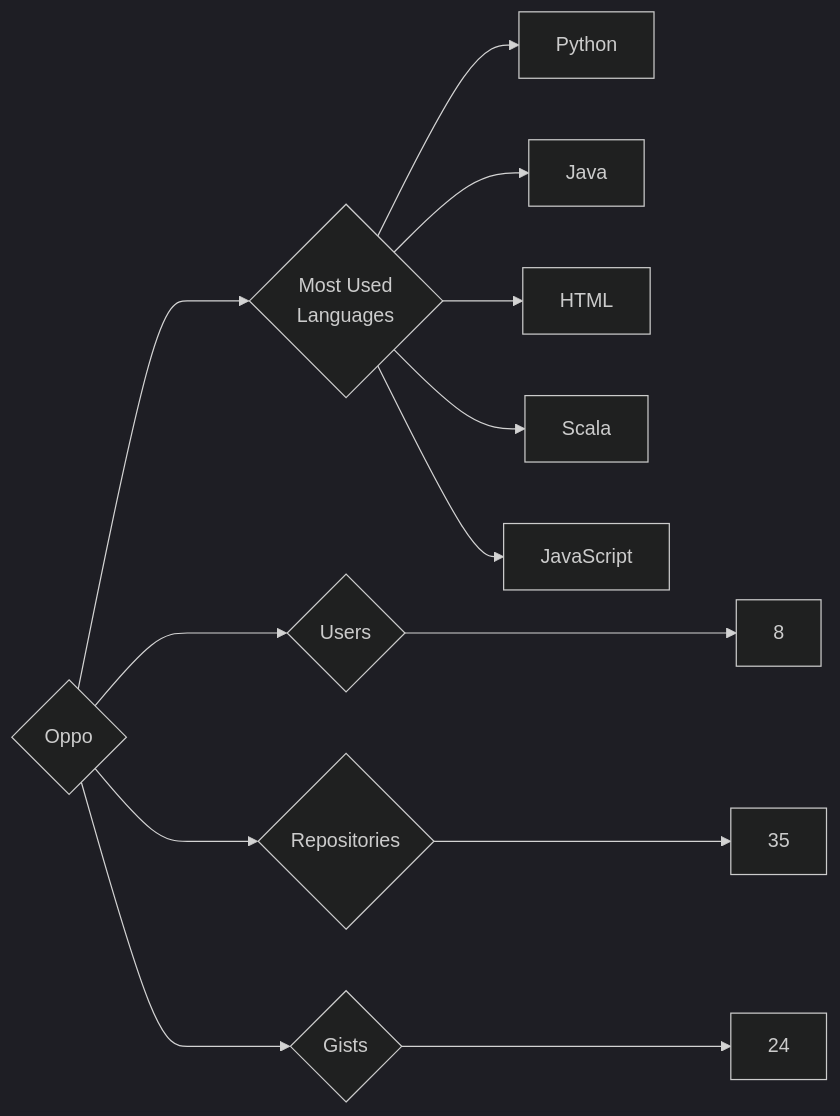
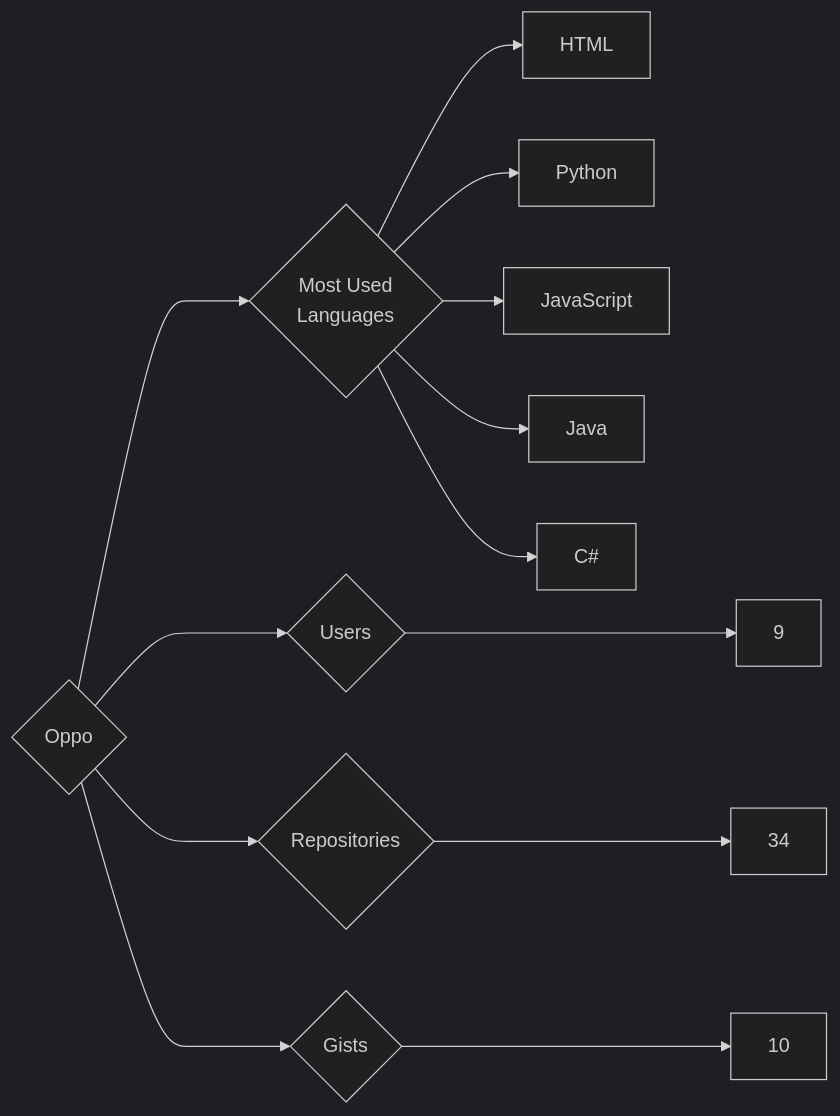
Before and after one commit to trickest/insiders: the diagram in targets/Oppo/README.md, drawn with Mermaid (dark theme). The commit also changed 1484 other files, not shown here.

````diff
--- a/targets/Oppo/README.md
+++ b/targets/Oppo/README.md
@@ -3,13 +3,13 @@
 ```mermaid
 graph LR
 COMPANY_NAME{Oppo}
-COMPANY_NAME ---> U{Users} ---> UN[8]
-COMPANY_NAME ---> R{Repositories} ---> RN[35]
-COMPANY_NAME ---> G{Gists} ---> GN[24]
+COMPANY_NAME ---> U{Users} ---> UN[9]
+COMPANY_NAME ---> R{Repositories} ---> RN[34]
+COMPANY_NAME ---> G{Gists} ---> GN[10]
 COMPANY_NAME ---> ML{Most Used<br>Languages}
+ML --> HTML[HTML]
 ML --> Python[Python]
+ML --> JavaScript[JavaScript]
 ML --> Java[Java]
-ML --> HTML[HTML]
-ML --> Scala[Scala]
-ML --> JavaScript[JavaScript]
+ML --> C#[C#]
 ```
````
